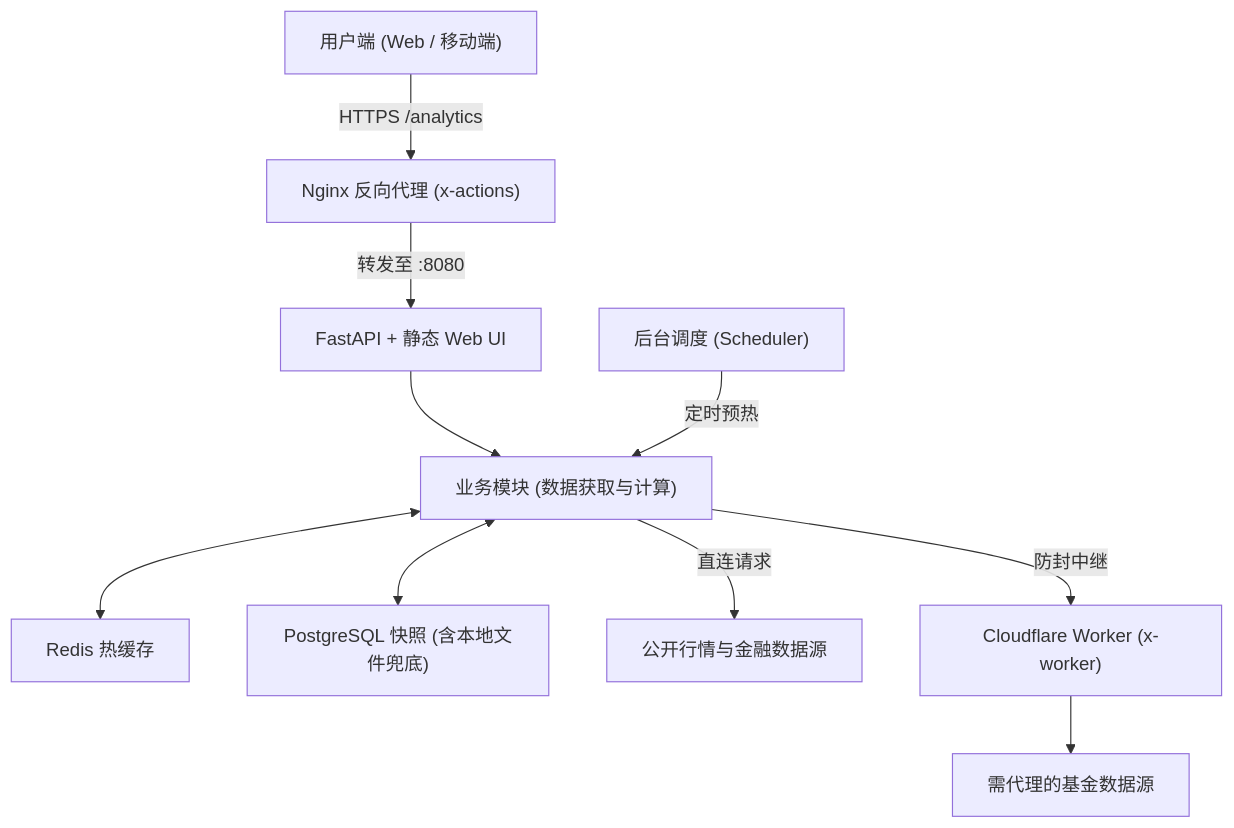
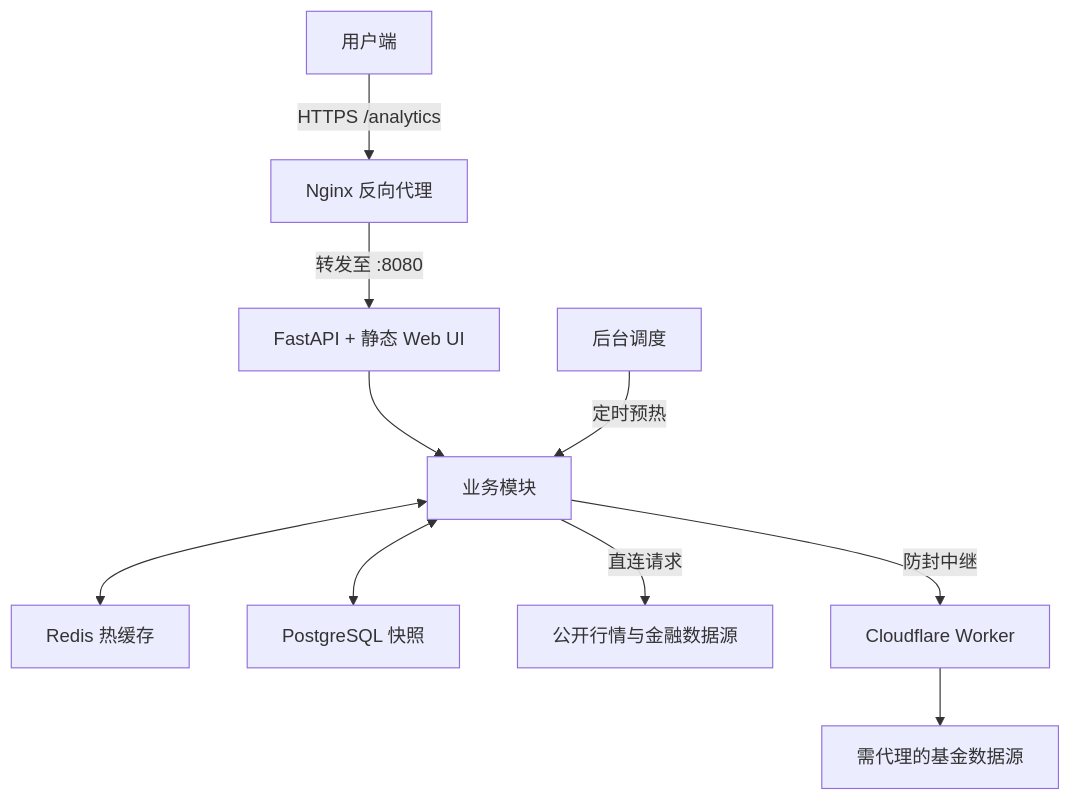
Before and after one commit to XERA-2011/x-analytics: the diagram in README.md, drawn with Mermaid.

Commit message:
docs: 精简架构图节点文案，移除所有括号冗余说明

````diff
--- a/README.md
+++ b/README.md
@@ -11,14 +11,14 @@
 ```mermaid
 graph TD
-    Client["用户端 (Web / 移动端)"] -->|"HTTPS /analytics"| Nginx["Nginx 反向代理 (x-actions)"]
+    Client["用户端"] -->|"HTTPS /analytics"| Nginx["Nginx 反向代理"]
     Nginx -->|"转发至 :8080"| App["FastAPI + 静态 Web UI"]
 
-    App --> Services["业务模块 (数据获取与计算)"]
-    Scheduler["后台调度 (Scheduler)"] -->|"定时预热"| Services
+    App --> Services["业务模块"]
+    Scheduler["后台调度"] -->|"定时预热"| Services
 
     Services <--> Redis["Redis 热缓存"]
-    Services <--> Snapshot["PostgreSQL 快照 (含本地文件兜底)"]
+    Services <--> Snapshot["PostgreSQL 快照"]
 
     Services -->|"直连请求"| Sources["公开行情与金融数据源"]
-    Services -->|"防封中继"| Worker["Cloudflare Worker (x-worker)"] --> FundSources["需代理的基金数据源"]
+    Services -->|"防封中继"| Worker["Cloudflare Worker"] --> FundSources["需代理的基金数据源"]
 ```
````
